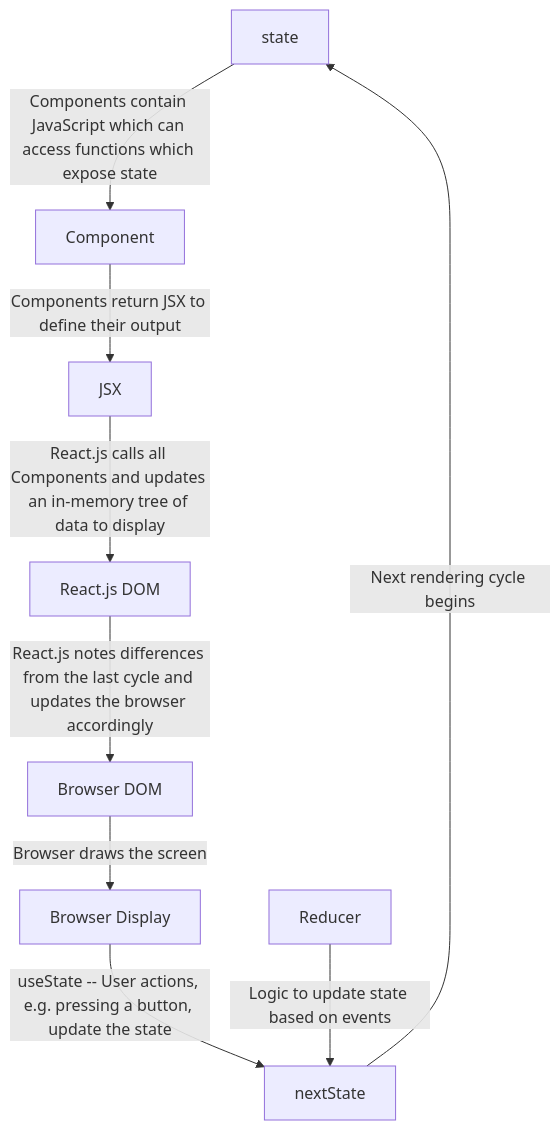
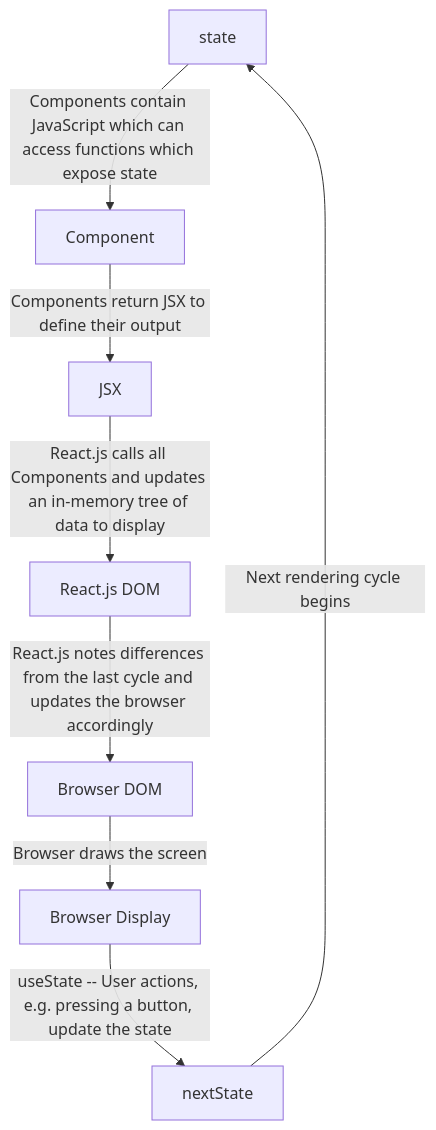
The second of 5 diagrams in README.md (Billy-Spearman-WCCI/RaceCarExtension), drawn with Mermaid before and after one commit. The commit also changed other lines of this file, not shown here.

Commit message:
Clean diagram

````diff
--- a/README.md
+++ b/README.md
@@ -560,11 +560,10 @@
     ```mermaid
     graph TB;
     state-->|Components contain JavaScript which can access functions which expose state|Component
     Component-->|Components return JSX to define their output|JSX
     JSX-->|React.js calls all Components and updates an in-memory tree of data to display|ReactDOM[React.js DOM]
     ReactDOM-->|React.js notes differences from the last cycle and updates the browser accordingly|BrowserDOM[Browser DOM]
     BrowserDOM-->|Browser draws the screen|Display[Browser Display]
     Display-->|"useState" -- User actions, e.g. pressing a button, update the state|nextState
     nextState-->|Next rendering cycle begins|state
-    Reducer-->|Logic to update state based on events|nextState
     ``` 
````
